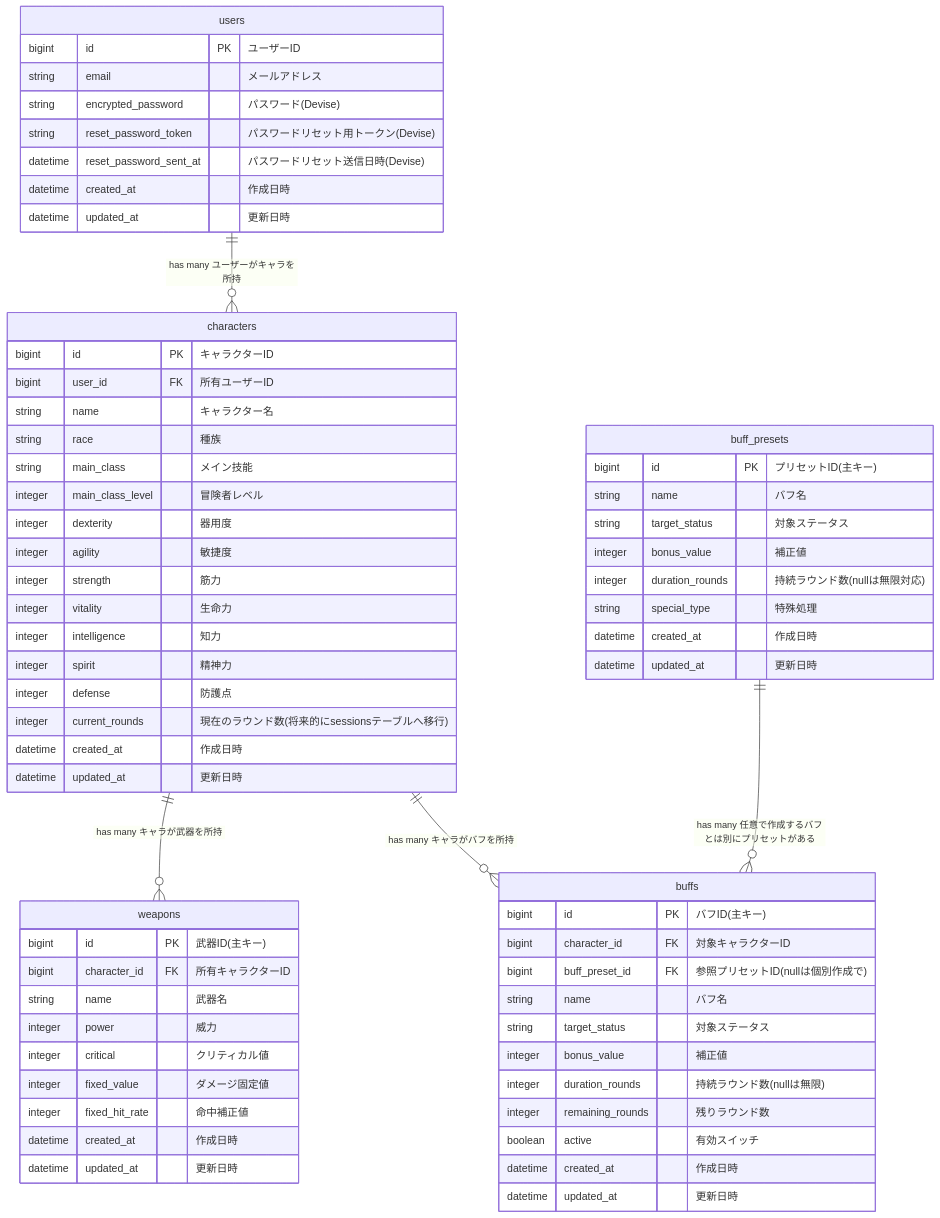
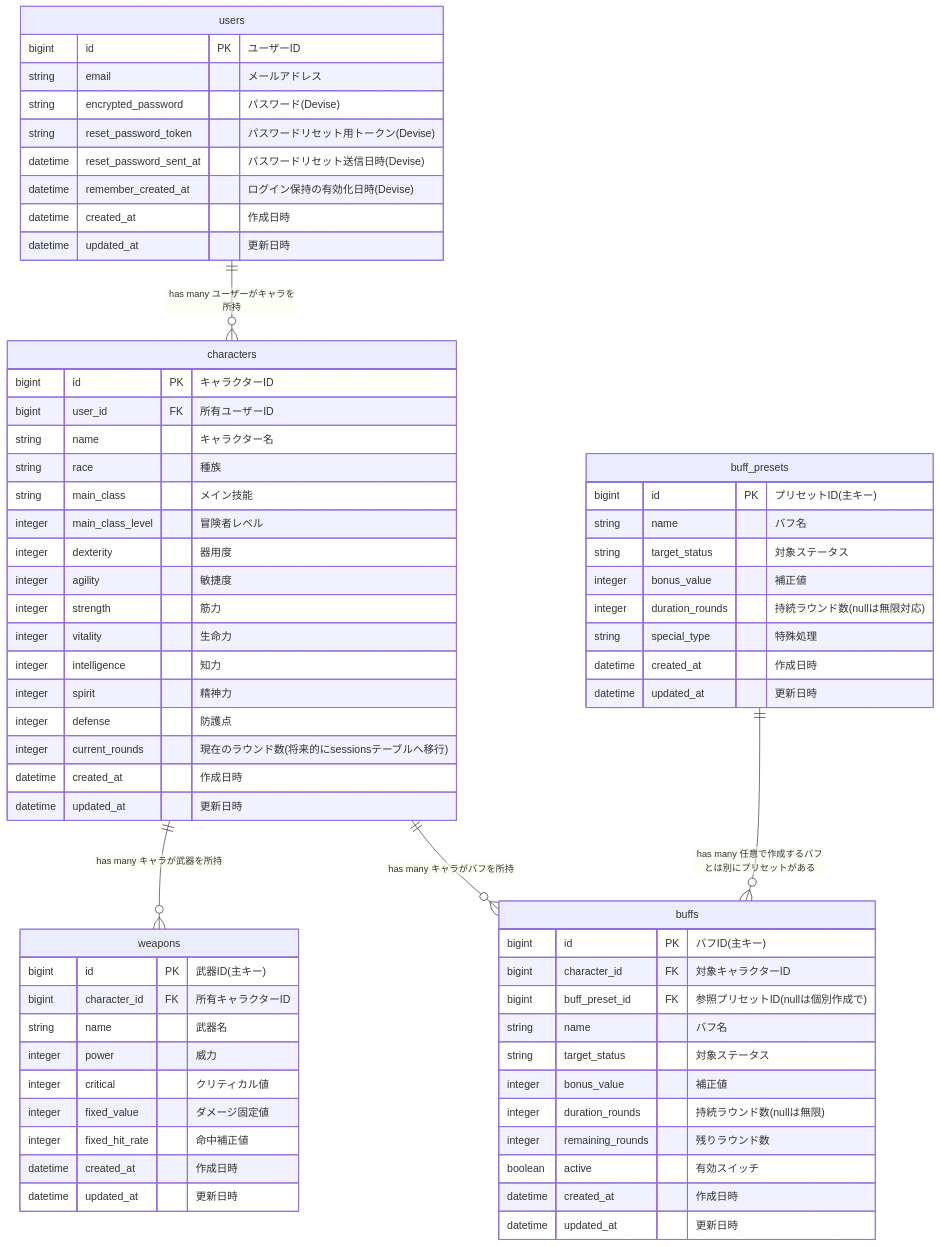
Before and after one commit to kouta-wolf/vitals-roll: the diagram in docs/ER.md, drawn with Mermaid. The commit also changed 2 other files, not shown here.

Commit message:
docs: ER図にusersテーブルのremember_created_atを追記
Devise導入に伴いusersテーブルを反映。Rememberable用カラムを追記し、
ER図画像も再生成。

````diff
--- a/docs/ER.md
+++ b/docs/ER.md
@@ -15,74 +15,75 @@
 ```mermaid
 erDiagram
 
     users {
         bigint id PK "ユーザーID"
         string email "メールアドレス"
         string encrypted_password "パスワード(Devise)"
         string reset_password_token "パスワードリセット用トークン(Devise)"
         datetime reset_password_sent_at "パスワードリセット送信日時(Devise)"
+        datetime remember_created_at "ログイン保持の有効化日時(Devise)"
         datetime created_at "作成日時"
         datetime updated_at "更新日時"
     }
 
     characters {
         bigint id PK "キャラクターID"
         bigint user_id FK "所有ユーザーID"
         string name "キャラクター名"
         string race "種族"
         string main_class "メイン技能"
         integer main_class_level "冒険者レベル"
         integer dexterity "器用度"
         integer agility "敏捷度"
         integer strength "筋力"
         integer vitality "生命力"
         integer intelligence "知力"
         integer spirit "精神力"
         integer defense "防護点"
         integer current_rounds "現在のラウンド数(将来的にsessionsテーブルへ移行)"
         datetime created_at "作成日時"
         datetime updated_at "更新日時"
     }
 
     weapons {
         bigint id PK "武器ID(主キー)"
         bigint character_id FK "所有キャラクターID"
         string name "武器名"
         integer power "威力"
         integer critical "クリティカル値"
         integer fixed_value "ダメージ固定値"
         integer fixed_hit_rate "命中補正値"
         datetime created_at "作成日時"
         datetime updated_at "更新日時"
     }
 
     buff_presets {
         bigint id PK "プリセットID(主キー)"
         string name "バフ名"
         string target_status "対象ステータス"
         integer bonus_value "補正値"
         integer duration_rounds "持続ラウンド数(nullは無限対応)"
         string special_type "特殊処理"
         datetime created_at "作成日時"
         datetime updated_at "更新日時"
     }
 
     buffs {
         bigint id PK "バフID(主キー)"
         bigint character_id FK "対象キャラクターID"
         bigint buff_preset_id FK "参照プリセットID(nullは個別作成で)"
         string name "バフ名"
         string target_status "対象ステータス"
         integer bonus_value "補正値"
         integer duration_rounds "持続ラウンド数(nullは無限)"
         integer remaining_rounds "残りラウンド数"
         boolean active "有効スイッチ"
         datetime created_at "作成日時"
         datetime updated_at "更新日時"
     }
 
     users ||--o{ characters : "has many ユーザーがキャラを所持"
     characters ||--o{ weapons : "has many キャラが武器を所持"
     characters ||--o{ buffs : "has many キャラがバフを所持"
     buff_presets ||--o{ buffs : "has many 任意で作成するバフとは別にプリセットがある"
 ```
````
